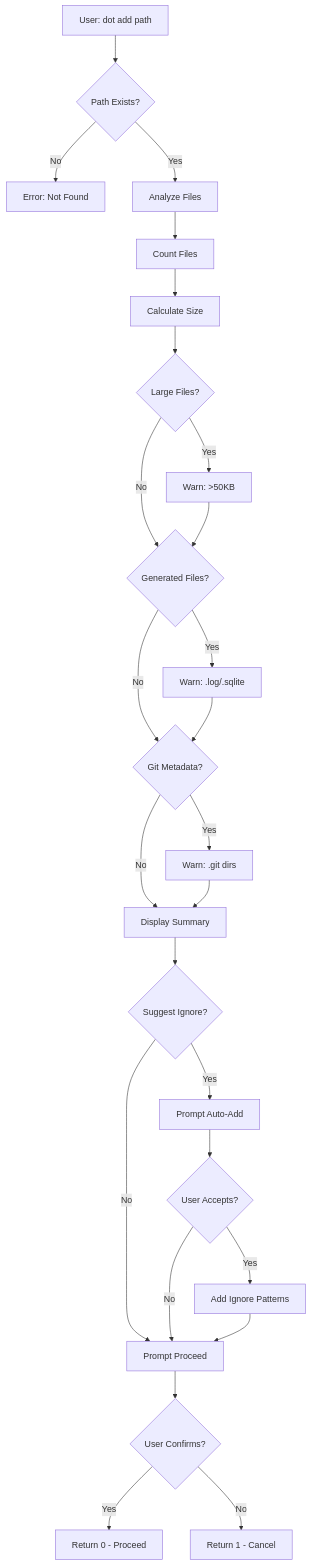
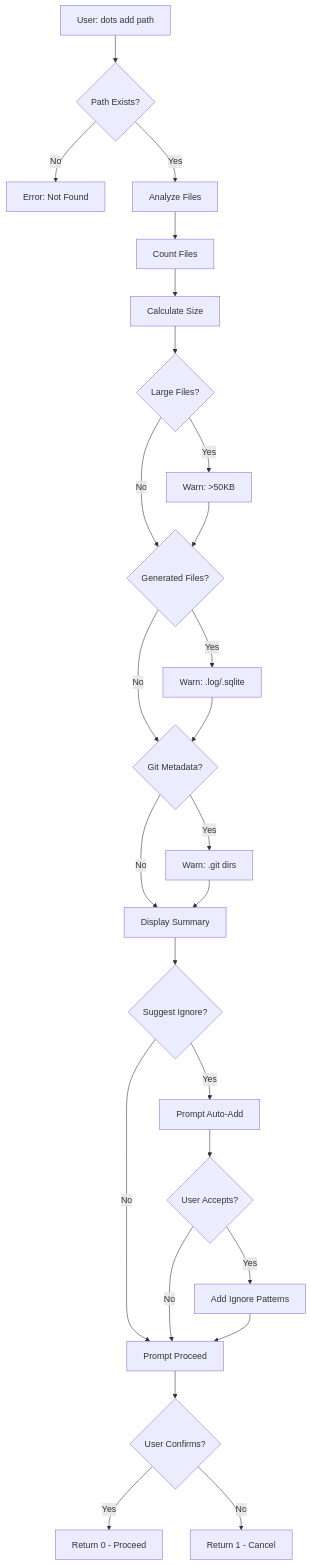
The fifth of 15 diagrams in docs/architecture/DOT-SAFETY-ARCHITECTURE.md (Data-Wise/flow-cli), drawn with Mermaid before and after one commit. The commit also changed other lines of this file and 91 other files, not shown here.

First line of the commit message:
feat: split dot dispatcher into dots, sec, tok (#381)

````diff
--- a/docs/architecture/DOT-SAFETY-ARCHITECTURE.md
+++ b/docs/architecture/DOT-SAFETY-ARCHITECTURE.md
@@ -274,34 +274,34 @@
 ```mermaid
 flowchart TD
-    Start[User: dot add path] --> Validate{Path Exists?}
+    Start[User: dots add path] --> Validate{Path Exists?}
     Validate -->|No| Error[Error: Not Found]
     Validate -->|Yes| Analyze[Analyze Files]
 
     Analyze --> Count[Count Files]
     Count --> Size[Calculate Size]
     Size --> CheckLarge{Large Files?}
     CheckLarge -->|Yes| WarnLarge[Warn: >50KB]
     CheckLarge -->|No| CheckGen
 
     WarnLarge --> CheckGen{Generated Files?}
     CheckGen -->|Yes| WarnGen[Warn: .log/.sqlite]
     CheckGen -->|No| CheckGit
 
     WarnGen --> CheckGit{Git Metadata?}
     CheckGit -->|Yes| WarnGit[Warn: .git dirs]
     CheckGit -->|No| Display
 
     WarnGit --> Display[Display Summary]
     Display --> Suggest{Suggest Ignore?}
     Suggest -->|Yes| Prompt[Prompt Auto-Add]
     Suggest -->|No| Confirm
 
     Prompt --> AutoAdd{User Accepts?}
     AutoAdd -->|Yes| AddPatterns[Add Ignore Patterns]
     AutoAdd -->|No| Confirm
 
     AddPatterns --> Confirm[Prompt Proceed]
     Confirm --> Decision{User Confirms?}
     Decision -->|Yes| Success[Return 0 - Proceed]
     Decision -->|No| Cancel[Return 1 - Cancel]
 ```
````
